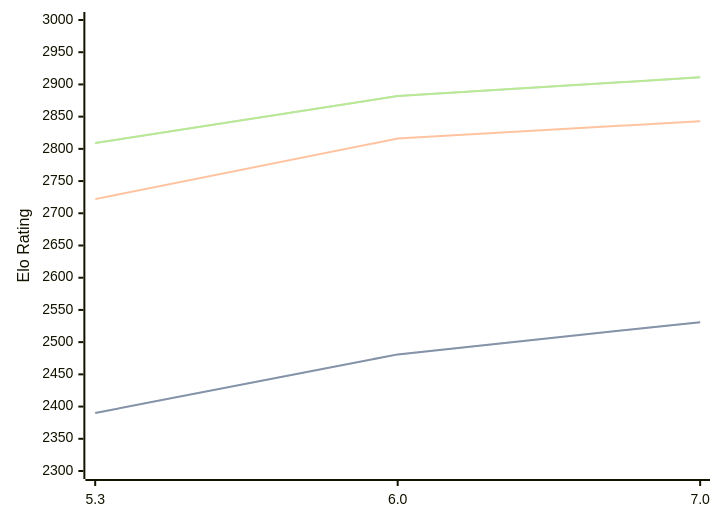
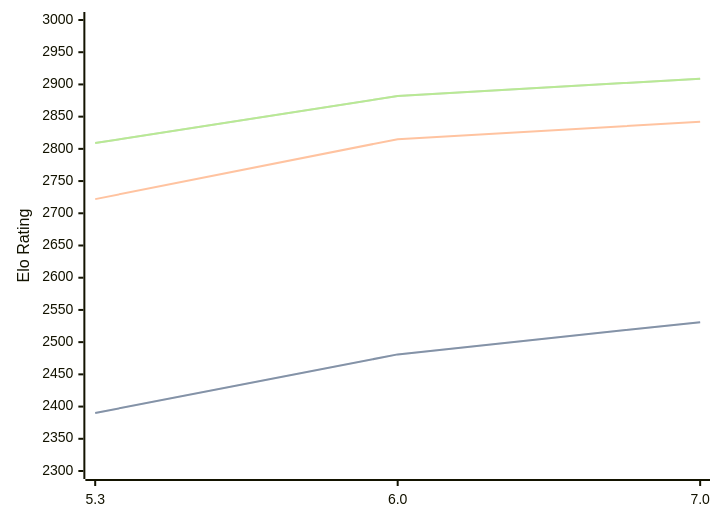
Before and after one commit to computer-chess-index/cci: the diagram in engines/tomitankChess.md, drawn with Mermaid. The commit also changed other lines of this file, not shown here.

Commit message:
Update CCI Ratings (ELO VLTC) - 2026-09-12

````diff
--- a/engines/tomitankChess.md
+++ b/engines/tomitankChess.md
@@ -33,11 +33,11 @@
 ```mermaid
 %%{init: {"theme":"base","themeVariables":{"seriesColors:['#a3a3a3','#222221','#faa371']}}}%%
 xychart-beta
   x-axis ["5.3", "6.0", "7.0"]
   y-axis "Elo Rating" 2300 --> 3000
   line "" [2390, 2481, 2531]
   line "STC (8.0+0.08s)" [2390, 2481, 2531]
-  line "LTC (60.0+0.60s)" [2722, 2816, 2843]
-  line "" [2809, 2882, 2911]
-  line "VLTC (2m24s+1.12s)" [2809, 2882, 2911]
+  line "LTC (60.0+0.60s)" [2722, 2815, 2842]
+  line "" [2809, 2882, 2909]
+  line "VLTC (2m24s+1.12s)" [2809, 2882, 2909]
 ```
````
